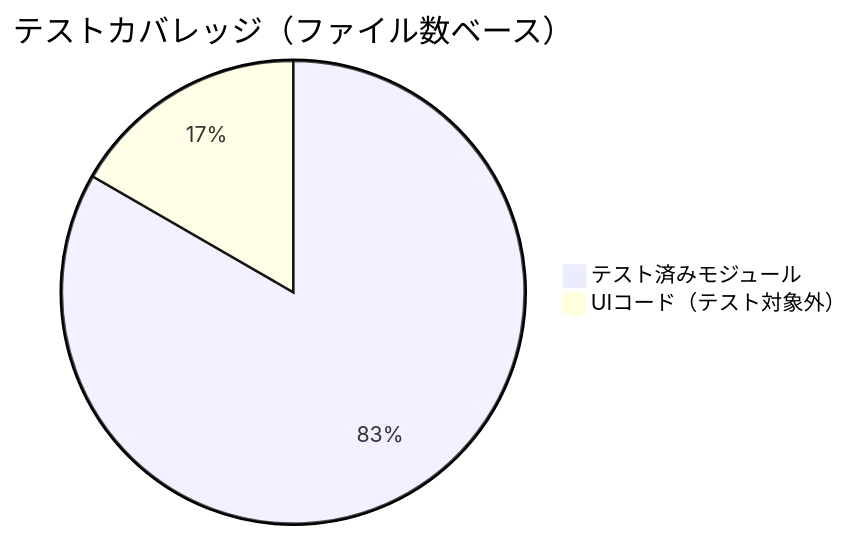
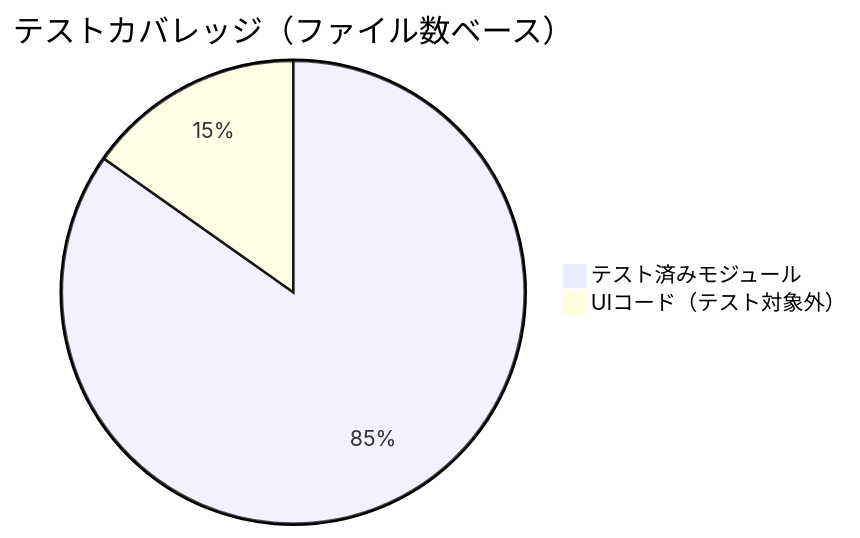
Before and after one commit to tanaton/mendo: diagram 22 of 28 in example/test.md, drawn with Mermaid. The commit also changed other lines of this file, not shown here.

Commit message:
検索機能と国際化の実装、Mermaidファイルキャッシュの追加

````diff
--- a/example/test.md
+++ b/example/test.md
@@ -1845,5 +2178,5 @@
 ```mermaid
 pie title テストカバレッジ（ファイル数ベース）
-    "テスト済みモジュール" : 35
+    "テスト済みモジュール" : 39
     "UIコード（テスト対象外）" : 7
 ```
````
